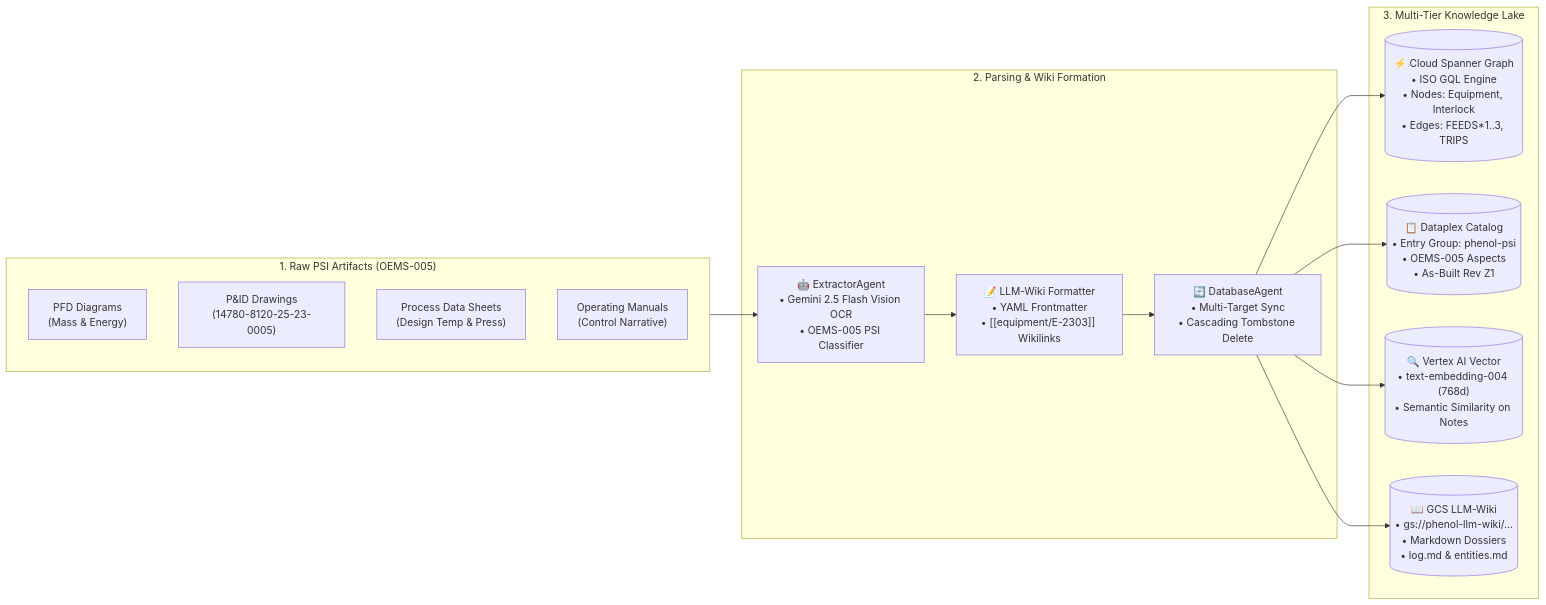
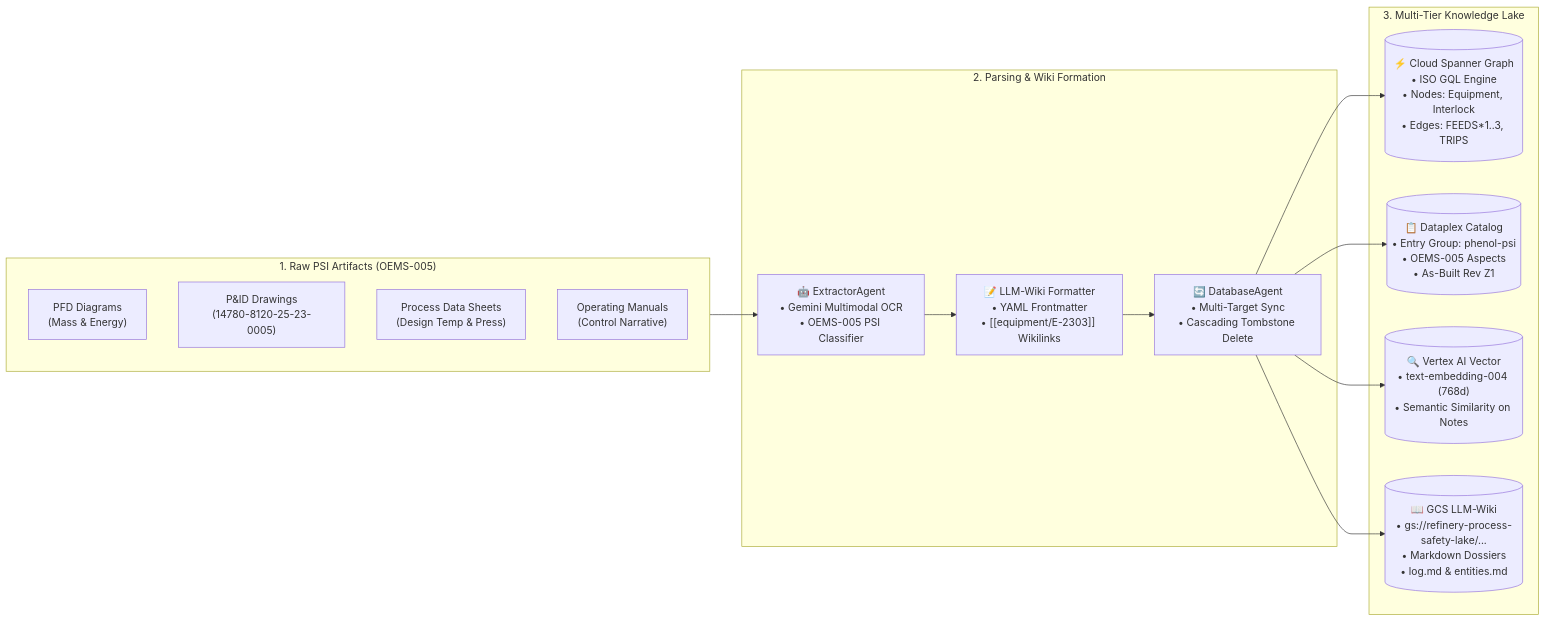
The first of 2 diagrams in docs/architecture.md (pantana-na/pttep-kg), drawn with Mermaid before and after one commit. The commit also changed other lines of this file and 22 other files, not shown here.

````diff
--- a/docs/architecture.md
+++ b/docs/architecture.md
@@ -41,30 +39,30 @@
 ```mermaid
 flowchart LR
     subgraph RawPSI["1. Raw PSI Artifacts (OEMS-005)"]
         PFD["PFD Diagrams<br/>(Mass & Energy)"]
         PID["P&ID Drawings<br/>(14780-8120-25-23-0005)"]
         PDS["Process Data Sheets<br/>(Design Temp & Press)"]
         SOP["Operating Manuals<br/>(Control Narrative)"]
     end
 
     subgraph Parsing["2. Parsing & Wiki Formation"]
-        Extr["🤖 ExtractorAgent<br/>• Gemini 2.5 Flash Vision OCR<br/>• OEMS-005 PSI Classifier"]
+        Extr["🤖 ExtractorAgent<br/>• Gemini Multimodal OCR<br/>• OEMS-005 PSI Classifier"]
         Wiki["📝 LLM-Wiki Formatter<br/>• YAML Frontmatter<br/>• [[equipment/E-2303]] Wikilinks"]
         DBAgent["🔄 DatabaseAgent<br/>• Multi-Target Sync<br/>• Cascading Tombstone Delete"]
     end
 
     subgraph Storage["3. Multi-Tier Knowledge Lake"]
         Spanner[("⚡ Cloud Spanner Graph<br/>• ISO GQL Engine<br/>• Nodes: Equipment, Interlock<br/>• Edges: FEEDS*1..3, TRIPS")]
         Dataplex[("📋 Dataplex Catalog<br/>• Entry Group: phenol-psi<br/>• OEMS-005 Aspects<br/>• As-Built Rev Z1")]
         Vector[("🔍 Vertex AI Vector<br/>• text-embedding-004 (768d)<br/>• Semantic Similarity on Notes")]
-        GCS[("📖 GCS LLM-Wiki<br/>• gs://phenol-llm-wiki/...<br/>• Markdown Dossiers<br/>• log.md & entities.md")]
+        GCS[("📖 GCS LLM-Wiki<br/>• gs://refinery-process-safety-lake/...<br/>• Markdown Dossiers<br/>• log.md & entities.md")]
     end
 
     RawPSI --> Extr
     Extr --> Wiki
     Wiki --> DBAgent
     DBAgent --> Spanner
     DBAgent --> Dataplex
     DBAgent --> Vector
     DBAgent --> GCS
 ```
````
